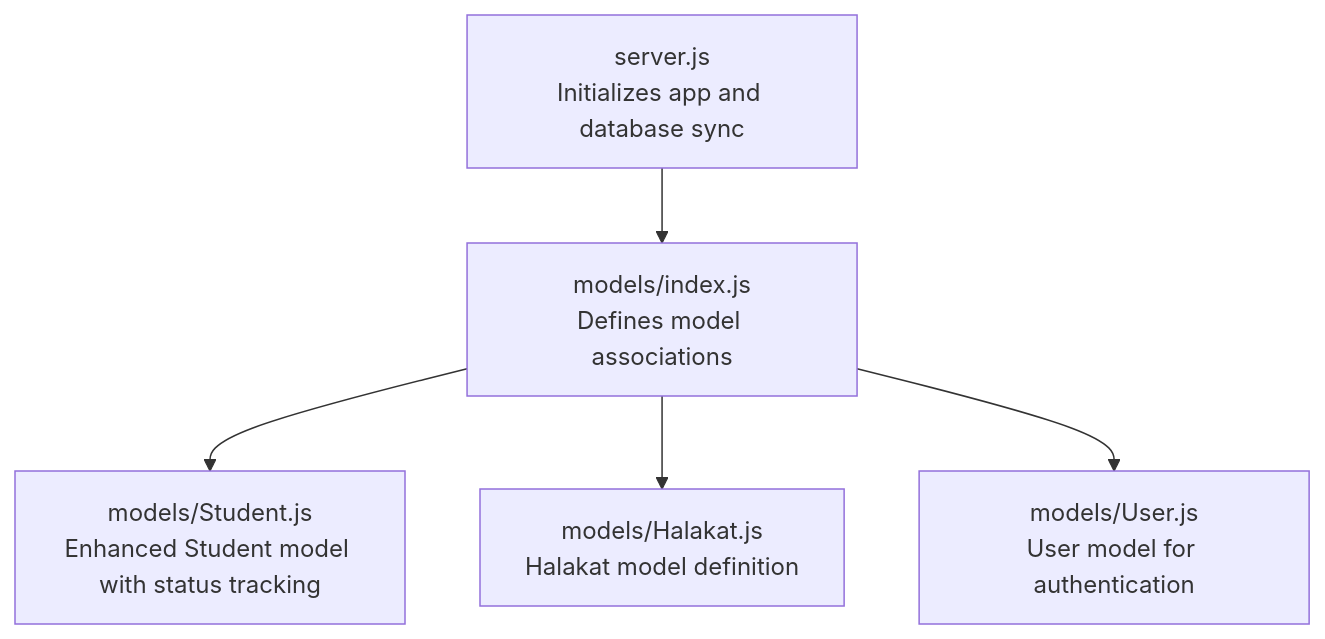
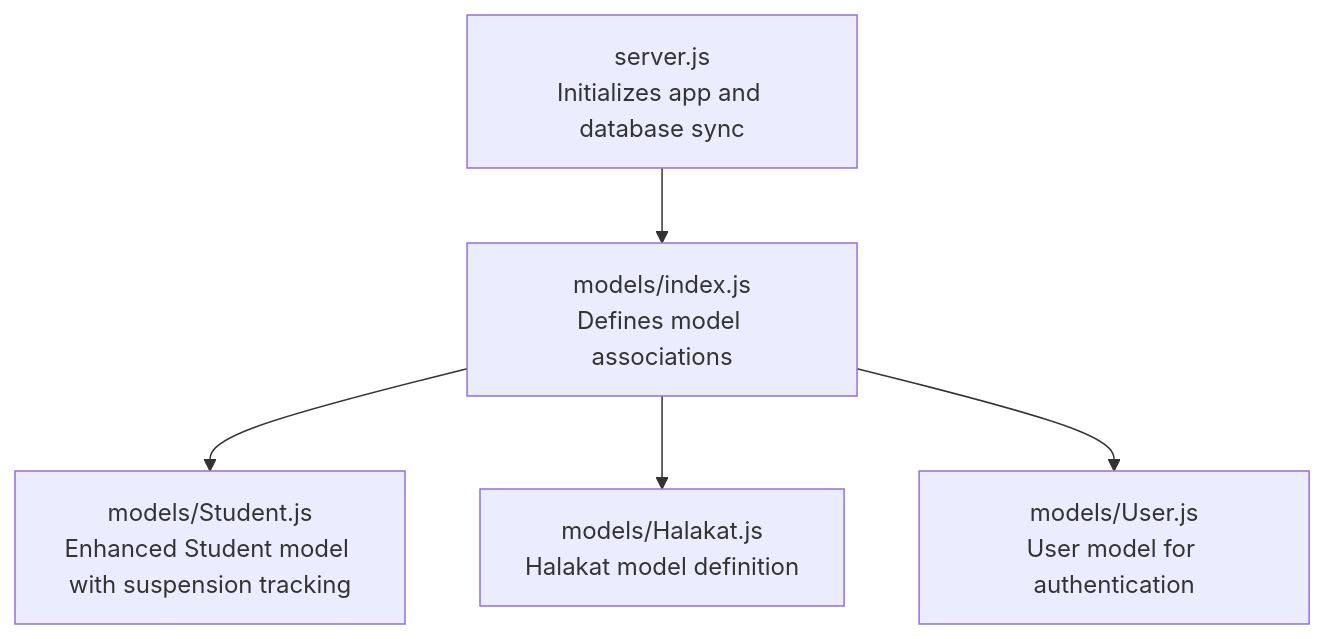
The first of 8 diagrams in .qoder/repowiki/en/content/Database Design/Student Model.md (Mreng78/khirocom_project), drawn with Mermaid before and after one commit. The commit also changed other lines of this file and 17 other files, not shown here.

````diff
--- a/.qoder/repowiki/en/content/Database Design/Student Model.md
+++ b/.qoder/repowiki/en/content/Database Design/Student Model.md
@@ -39,7 +42,7 @@
 ```mermaid
 graph TB
 Server["server.js<br/>Initializes app and database sync"] --> ModelsIndex["models/index.js<br/>Defines model associations"]
-ModelsIndex --> StudentModel["models/Student.js<br/>Enhanced Student model with status tracking"]
+ModelsIndex --> StudentModel["models/Student.js<br/>Enhanced Student model with suspension tracking"]
 ModelsIndex --> HalakatModel["models/Halakat.js<br/>Halakat model definition"]
 ModelsIndex --> UserModel["models/User.js<br/>User model for authentication"]
 ```
````
